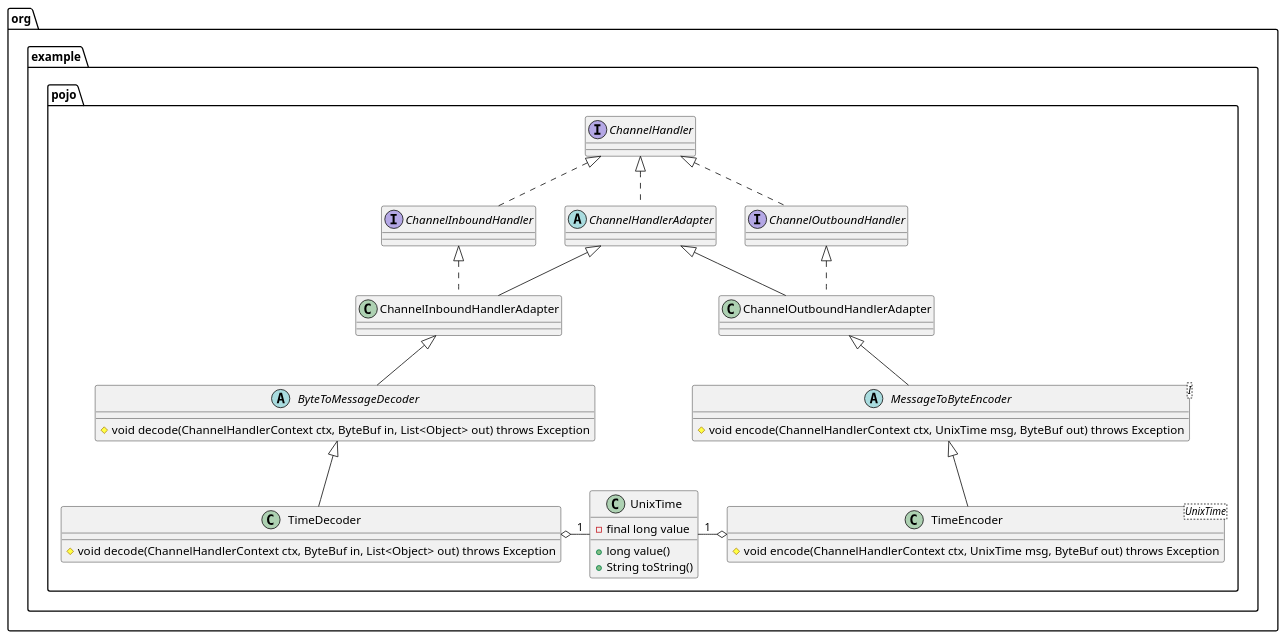
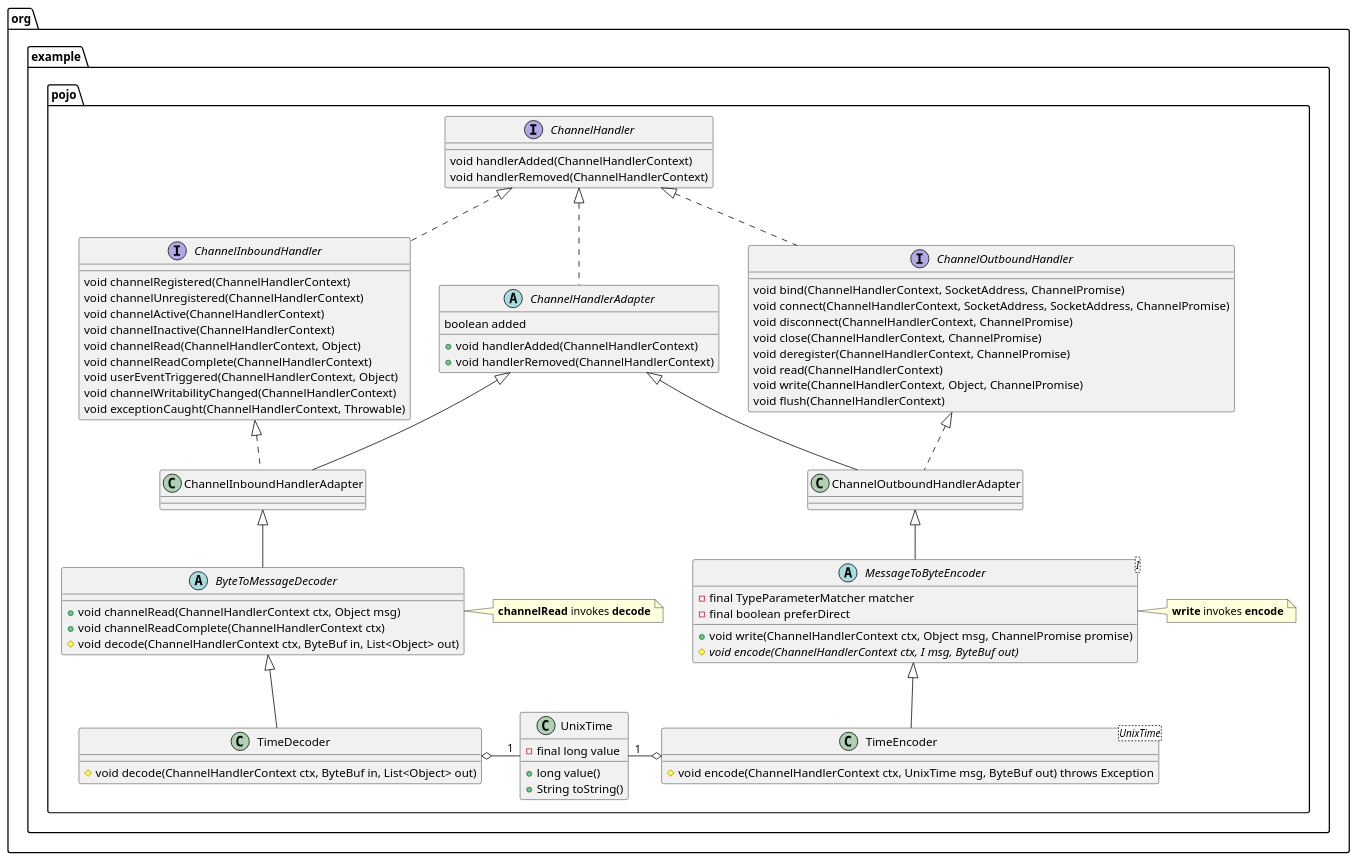
The diagram in Week_03/netty-example/assets/uml/POJO-class-diagram.puml (Du-Feng/JAVA-000), drawn with PlantUML before and after one commit. The commit also changed 5 other files, not shown here.

Commit message:
Update the class diagram with more details.

```diff
--- a/Week_03/netty-example/assets/uml/POJO-class-diagram.puml
+++ b/Week_03/netty-example/assets/uml/POJO-class-diagram.puml
@@ -1,52 +1,91 @@
 @startuml
 
 package "org.example.pojo" {
     '  TimeDecoder class diagram
     ChannelHandler <|.. ChannelOutboundHandler
     ChannelOutboundHandler <|.. ChannelOutboundHandlerAdapter
     ChannelHandlerAdapter <|-- ChannelOutboundHandlerAdapter
     ChannelOutboundHandlerAdapter <|-- MessageToByteEncoder
     MessageToByteEncoder <|-- TimeEncoder
 
-    interface ChannelOutboundHandler { }
+    interface ChannelOutboundHandler {
+        void bind(ChannelHandlerContext, SocketAddress, ChannelPromise)
+        void connect(ChannelHandlerContext, SocketAddress, SocketAddress, ChannelPromise)
+        void disconnect(ChannelHandlerContext, ChannelPromise)
+        void close(ChannelHandlerContext, ChannelPromise)
+        void deregister(ChannelHandlerContext, ChannelPromise)
+        void read(ChannelHandlerContext)
+        void write(ChannelHandlerContext, Object, ChannelPromise)
+        void flush(ChannelHandlerContext)
+    }
     class ChannelOutboundHandlerAdapter { }
     abstract class MessageToByteEncoder<I> {
-        # void encode(ChannelHandlerContext ctx, UnixTime msg, ByteBuf out) throws Exception
+        - final TypeParameterMatcher matcher
+        - final boolean preferDirect
+    	+ void write(ChannelHandlerContext ctx, Object msg, ChannelPromise promise)
+    	# {abstract} void encode(ChannelHandlerContext ctx, I msg, ByteBuf out)
     }
+    note right of MessageToByteEncoder: <b>write</b> invokes <b>encode</b>
 
     class TimeEncoder<UnixTime> {
         # void encode(ChannelHandlerContext ctx, UnixTime msg, ByteBuf out) throws Exception
     }
 
     '  TimeDecoder class diagram
     ChannelHandler <|.. ChannelInboundHandler
     ChannelHandler <|.. ChannelHandlerAdapter
     ChannelInboundHandler <|.. ChannelInboundHandlerAdapter
     ChannelHandlerAdapter <|-- ChannelInboundHandlerAdapter
     ChannelInboundHandlerAdapter <|-- ByteToMessageDecoder
     ByteToMessageDecoder <|-- TimeDecoder
 
-    interface ChannelHandler { }
-    abstract class ChannelHandlerAdapter { }
-    interface ChannelInboundHandler { }
-    class ChannelInboundHandlerAdapter { }
-    abstract class ByteToMessageDecoder {
-        # void decode(ChannelHandlerContext ctx, ByteBuf in, List<Object> out) throws Exception
+    interface ChannelHandler {
+         void handlerAdded(ChannelHandlerContext)
+         void handlerRemoved(ChannelHandlerContext)
     }
 
+    abstract class ChannelHandlerAdapter {
+        boolean added
+
+        + void handlerAdded(ChannelHandlerContext)
+        + void handlerRemoved(ChannelHandlerContext)
+    }
+
+    interface ChannelInboundHandler {
+        void channelRegistered(ChannelHandlerContext)
+        void channelUnregistered(ChannelHandlerContext)
+        void channelActive(ChannelHandlerContext)
+        void channelInactive(ChannelHandlerContext)
+        void channelRead(ChannelHandlerContext, Object)
+        void channelReadComplete(ChannelHandlerContext)
+        void userEventTriggered(ChannelHandlerContext, Object)
+        void channelWritabilityChanged(ChannelHandlerContext)
+        void exceptionCaught(ChannelHandlerContext, Throwable)
+    }
+
+    class ChannelInboundHandlerAdapter { }
+
+    abstract class ByteToMessageDecoder {
+        + void channelRead(ChannelHandlerContext ctx, Object msg)
+        + void channelReadComplete(ChannelHandlerContext ctx)
+        # void decode(ChannelHandlerContext ctx, ByteBuf in, List<Object> out)
+    }
+    note right of ByteToMessageDecoder : <b>channelRead</b> invokes <b>decode</b>
+
     class TimeDecoder {
-        # void decode(ChannelHandlerContext ctx, ByteBuf in, List<Object> out) throws Exception
+        # void decode(ChannelHandlerContext ctx, ByteBuf in, List<Object> out)
     }
+
 
     ' UnixTime
     TimeEncoder o-left-"1" UnixTime
     TimeDecoder o-right-"1" UnixTime
 
     class UnixTime {
         - final long value
         + long value()
         + String toString()
     }
 }
 
 @enduml
```
